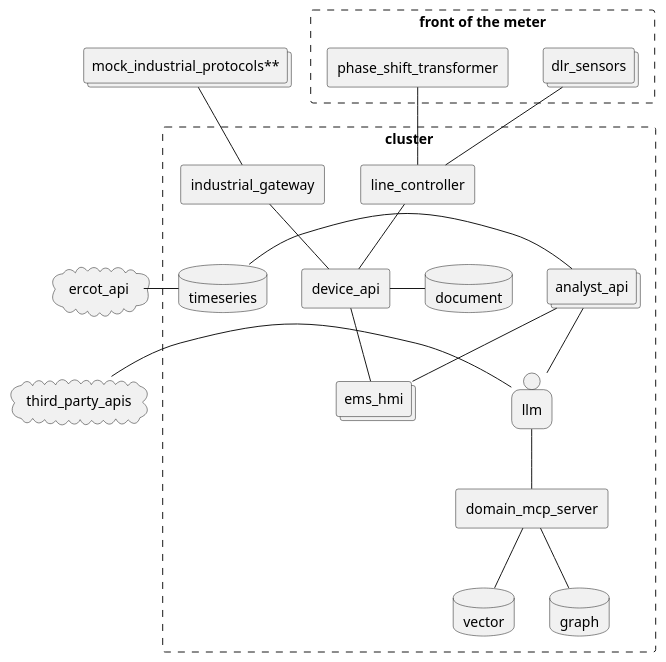
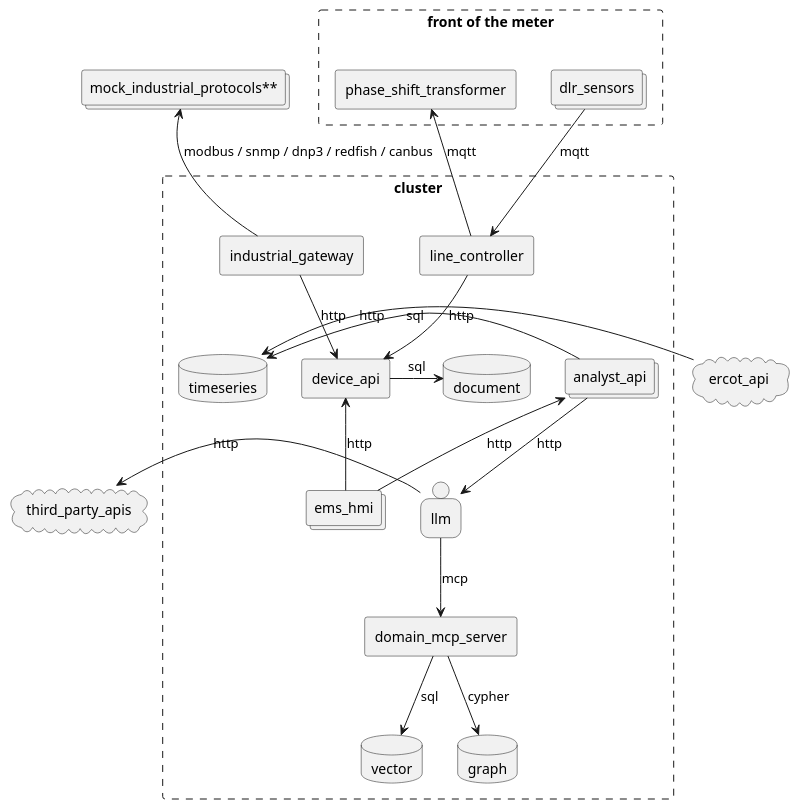
Before and after one commit to arcnode-io/ems: the first of 6 diagrams in readme.md, drawn with PlantUML. The commit also changed other lines of this file and 6 other files, not shown here.

````diff
--- a/readme.md
+++ b/readme.md
@@ -24,36 +29,37 @@
 ```plantuml
 collections "mock_industrial_protocols**" as mock_industrial_protocols
 rectangle  "front of the meter" #line.dashed {
   collections dlr_sensors
   rectangle phase_shift_transformer
 }
 cloud ercot_api
 cloud third_party_apis
 rectangle cluster #line.dashed {
     rectangle industrial_gateway
     rectangle line_controller
     rectangle device_api
     database timeseries
     database vector
     database graph
     collections analyst_api
     database document
     collections ems_hmi
     person llm
     rectangle domain_mcp_server
-dlr_sensors -d- line_controller
-phase_shift_transformer -d- line_controller
-mock_industrial_protocols -d- industrial_gateway
-ercot_api -r- timeseries
-line_controller -d- device_api
-industrial_gateway -d- device_api
-device_api -d- ems_hmi
-device_api -r- document
-timeseries -r- analyst_api
-domain_mcp_server -u- llm
-vector -u- domain_mcp_server
-graph -u- domain_mcp_server
-analyst_api -d- ems_hmi
-llm -u- analyst_api
-llm -l- third_party_apis
+}
+dlr_sensors -d-> line_controller: mqtt
+line_controller -u-> phase_shift_transformer: mqtt
+industrial_gateway -u-> mock_industrial_protocols: modbus / snmp / dnp3 / redfish / canbus
+ercot_api -r-> timeseries: http
+line_controller -d-> device_api: http
+industrial_gateway -d-> device_api: http
+ems_hmi -u-> device_api: http
+device_api -r-> document: sql
+analyst_api -l-> timeseries: sql
+llm -d-> domain_mcp_server: mcp
+domain_mcp_server -d-> vector: sql
+domain_mcp_server -d-> graph: cypher
+ems_hmi -u-> analyst_api: http
+analyst_api -d-> llm: http
+llm -l-> third_party_apis: http
 ```
````
